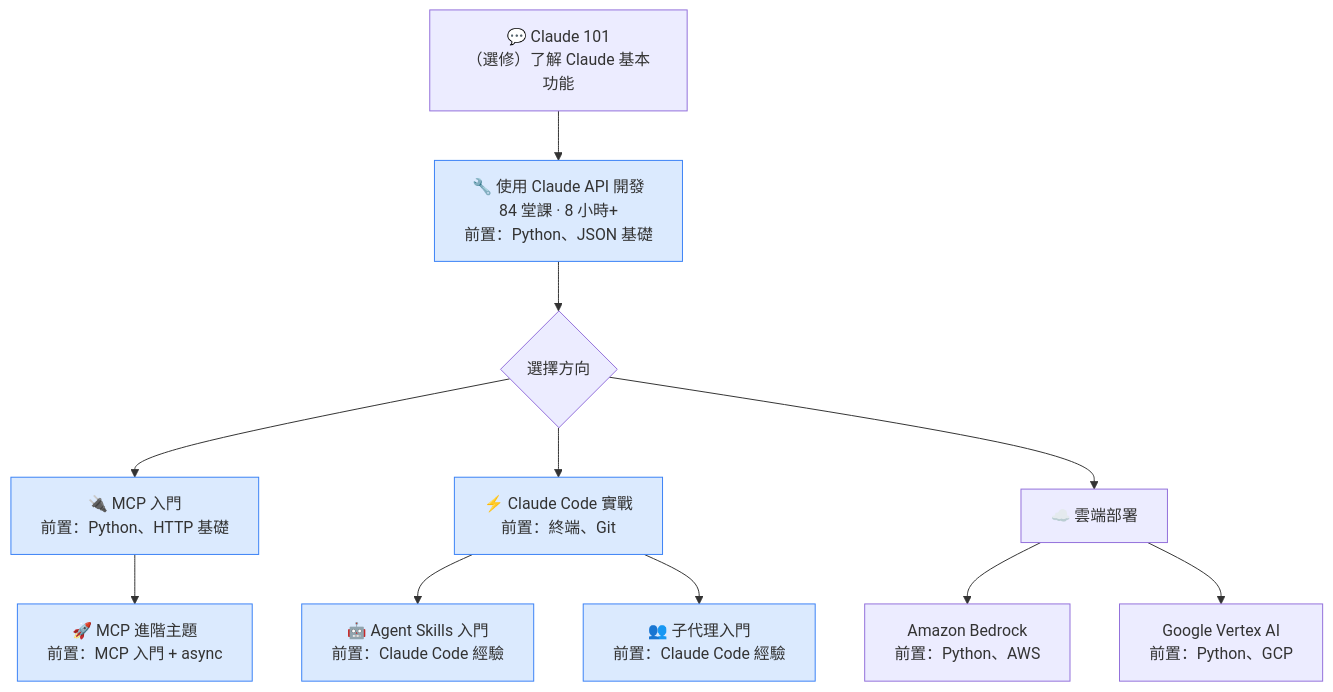
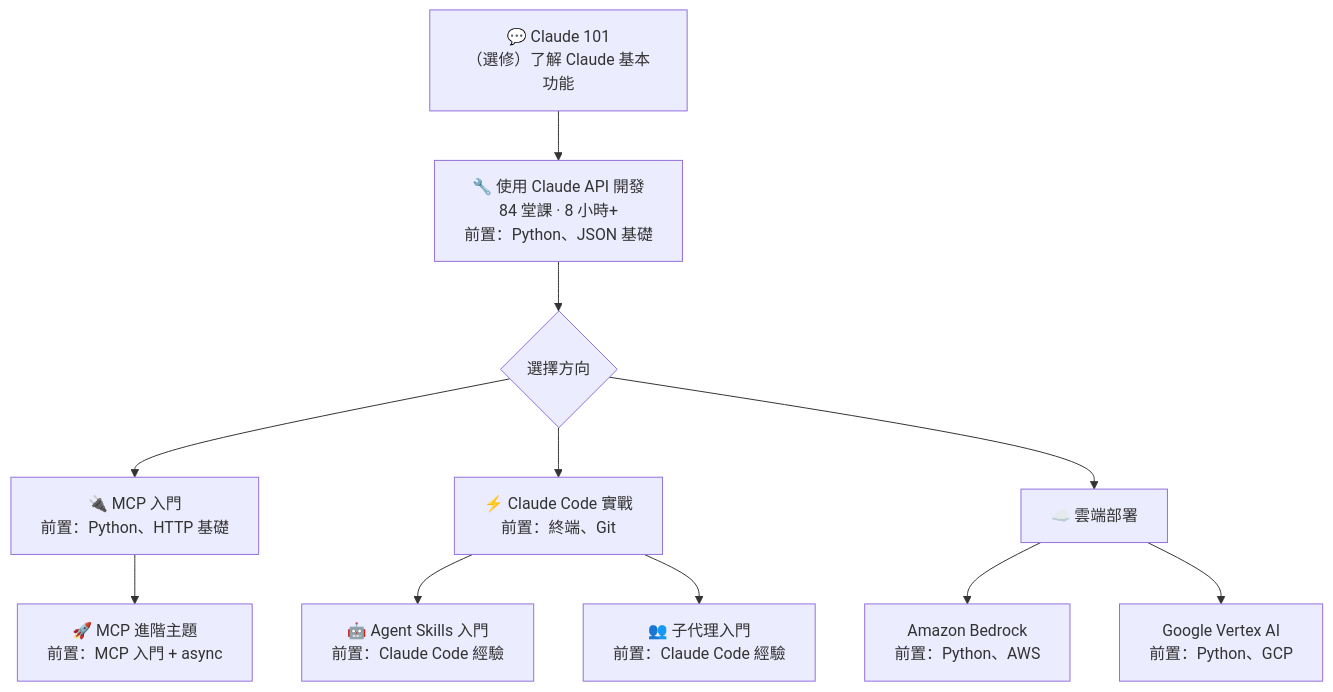
One commit to L1247/Anthropic-Academy-Chinese changed the second of 4 diagrams in docs/roadmap.md. Above: the diagram before and after it, drawn with Mermaid. The commit also changed other lines of this file and 7 other files, not shown here.

Commit message:
feat: 新增官方證書頁面、HeroCertBadge 與 MermaidLightbox 元件

````diff
--- a/docs/roadmap.md
+++ b/docs/roadmap.md
@@ -30,21 +31,14 @@
 ```mermaid
 flowchart TD
     A["💬 Claude 101<br/>（選修）了解 Claude 基本功能"] --> B
     B["🔧 使用 Claude API 開發<br/>84 堂課 · 8 小時+<br/>前置：Python、JSON 基礎"] --> C
     C{選擇方向}
     C --> D["🔌 MCP 入門<br/>前置：Python、HTTP 基礎"]
     C --> E["⚡ Claude Code 實戰<br/>前置：終端、Git"]
     C --> F["☁️ 雲端部署"]
     D --> G["🚀 MCP 進階主題<br/>前置：MCP 入門 + async"]
     E --> H["🤖 Agent Skills 入門<br/>前置：Claude Code 經驗"]
     E --> I["👥 子代理入門<br/>前置：Claude Code 經驗"]
     F --> J["Amazon Bedrock<br/>前置：Python、AWS"]
     F --> K["Google Vertex AI<br/>前置：Python、GCP"]
-
-    style B fill:#dbeafe,stroke:#3b82f6
-    style D fill:#dbeafe,stroke:#3b82f6
-    style E fill:#dbeafe,stroke:#3b82f6
-    style G fill:#dbeafe,stroke:#3b82f6
-    style H fill:#dbeafe,stroke:#3b82f6
-    style I fill:#dbeafe,stroke:#3b82f6
 ```
````
